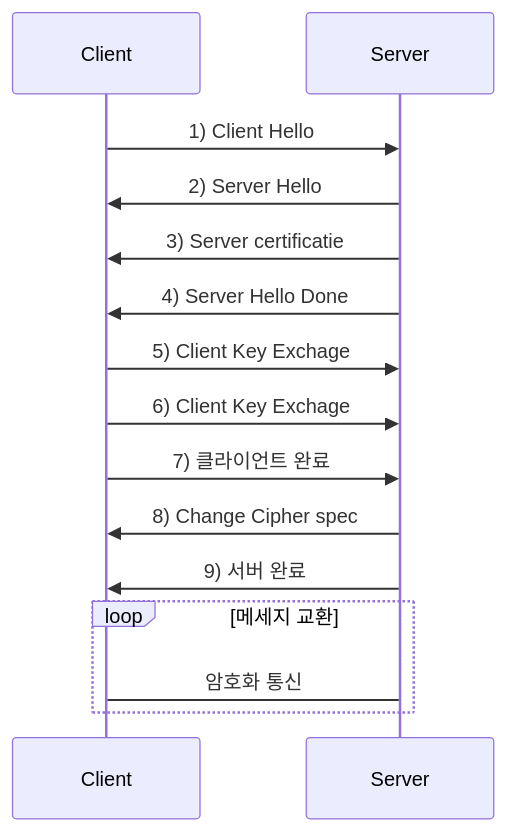
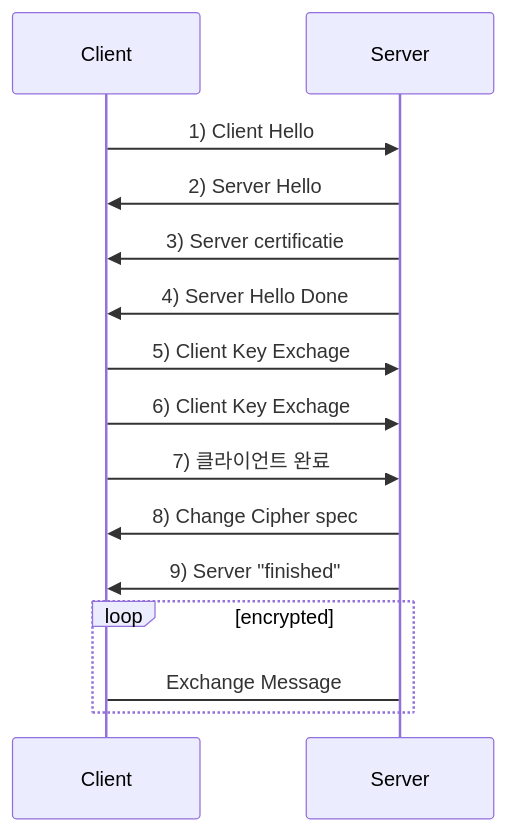
One commit to 1sonjm/1sonjm.github.io changed the diagram in _posts/develop/etc/2019-02-12-TLS.md. Above: the diagram before and after it, drawn with Mermaid. The commit also changed other lines of this file, not shown here.

Commit message:
_posts/develop/etc/2019-02-12-TLS.md updated from https://stackedit.io/

````diff
--- a/_posts/develop/etc/2019-02-12-TLS.md
+++ b/_posts/develop/etc/2019-02-12-TLS.md
@@ -13,15 +13,15 @@
 ```mermaid
 sequenceDiagram
     Client->>Server: 1) Client Hello
     Server->>Client: 2) Server Hello
     Server->>Client: 3) Server certificatie
     Server->>Client: 4) Server Hello Done
     Client->>Server: 5) Client Key Exchage
     Client->>Server: 6) Client Key Exchage
     Client->>Server: 7) 클라이언트 완료
     Server->>Client: 8) Change Cipher spec
-    Server->>Client: 9) 서버 완료
-    loop 메세지 교환
-    Server->Client: 암호화 통신
+    Server->>Client: 9) Server "finished"
+    loop encrypted
+    Server->Client: Exchange Message
     end
 ```
````
